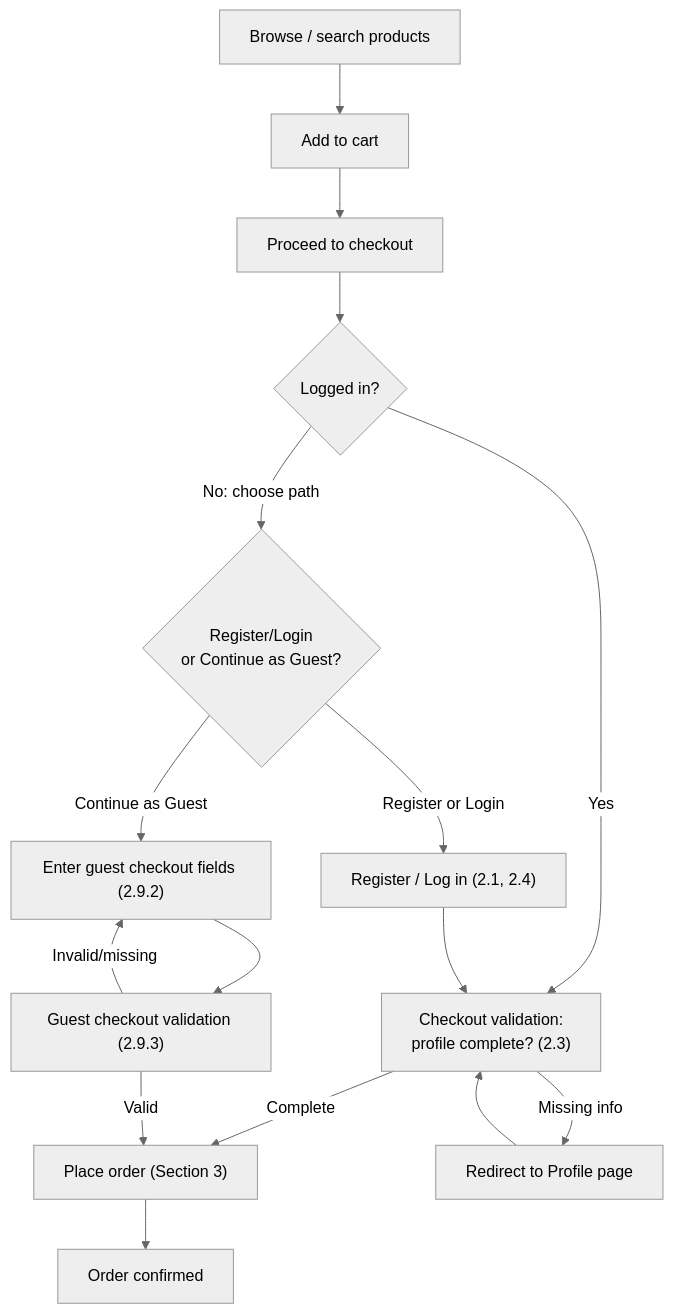
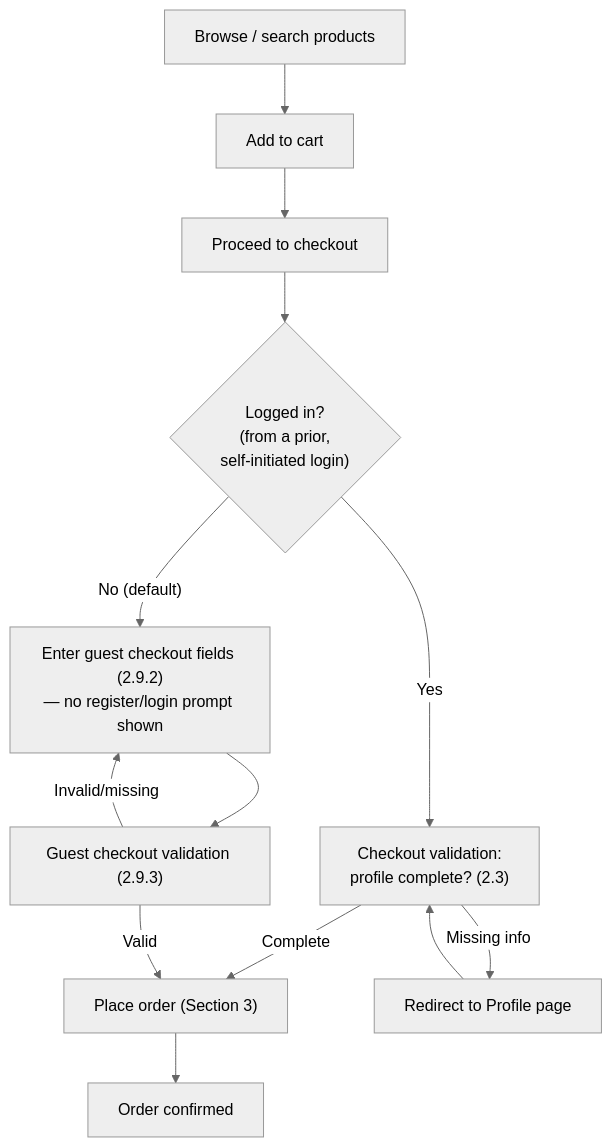
One commit to chinmoy567/E-comarce-cloathing-web-site-for-shankar-Narayanganj changed the first of 4 diagrams in .claude/project requirment documents/02-customer.md. Above: the diagram before and after it, drawn with Mermaid (neutral theme). The commit also changed other lines of this file and 2 other files, not shown here.

First line of the commit message:
Add security hardening spec and remove forced checkout account gate

````diff
--- a/.claude/project requirment documents/02-customer.md
+++ b/.claude/project requirment documents/02-customer.md
@@ -50,21 +50,18 @@
 ```mermaid
 flowchart TD
     Browse["Browse / search products"] --> AddCart["Add to cart"]
     AddCart --> Checkout["Proceed to checkout"]
-    Checkout --> Choice{"Logged in?"}
+    Checkout --> Choice{"Logged in?<br/>(from a prior,<br/>self-initiated login)"}
     Choice -->|"Yes"| RegValidate["Checkout validation:<br/>profile complete? (2.3)"]
-    Choice -->|"No: choose path"| PathChoice{"Register/Login<br/>or Continue as Guest?"}
-    PathChoice -->|"Register or Login"| Login["Register / Log in (2.1, 2.4)"]
-    Login --> RegValidate
-    PathChoice -->|"Continue as Guest"| GuestFields["Enter guest checkout fields (2.9.2)"]
+    Choice -->|"No (default)"| GuestFields["Enter guest checkout fields (2.9.2)<br/>— no register/login prompt shown"]
     GuestFields --> GuestValidate["Guest checkout validation (2.9.3)"]
 
     RegValidate -->|"Complete"| PlaceOrder["Place order (Section 3)"]
     RegValidate -->|"Missing info"| Profile["Redirect to Profile page"]
     Profile --> RegValidate
 
     GuestValidate -->|"Valid"| PlaceOrder
     GuestValidate -->|"Invalid/missing"| GuestFields
 
     PlaceOrder --> Confirmed["Order confirmed"]
 ```
````
